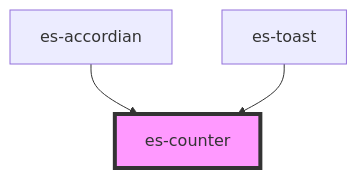
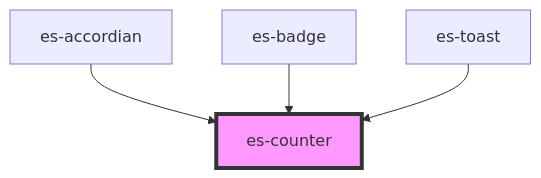
The diagram in packages/components/src/components/es-counter/readme.md (EventStore/Design-System), drawn with Mermaid before and after one commit. The commit also changed other lines of this file and 4 other files, not shown here.

````diff
--- a/packages/components/src/components/es-counter/readme.md
+++ b/packages/components/src/components/es-counter/readme.md
@@ -25,6 +26,7 @@
 ```mermaid
 graph TD;
   es-accordian --> es-counter
+  es-badge --> es-counter
   es-toast --> es-counter
   style es-counter fill:#f9f,stroke:#333,stroke-width:4px
 ```
````
